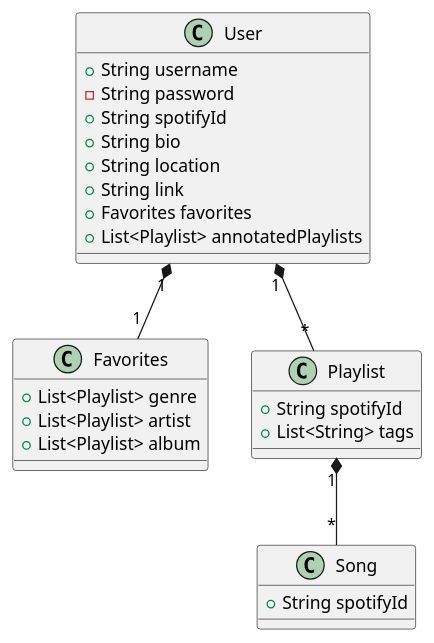
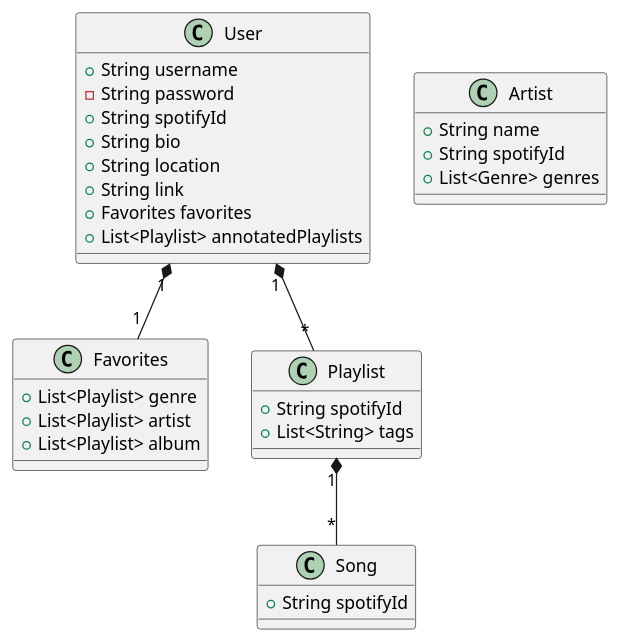
One commit to kadelk04/Spinterest changed the diagram in db_structure.puml. Above: the diagram before and after it, drawn with PlantUML. The commit also changed 7 other files, not shown here.

```diff
--- a/db_structure.puml
+++ b/db_structure.puml
@@ -2,37 +2,44 @@
 @startuml db_structure
 'Users structure'
 class User {
     +String username
     -String password
     +String spotifyId
     +String bio
     +String location
     +String link
     +Favorites favorites
     +List<Playlist> annotatedPlaylists
 }
 
 'Favorites structure'
 class Favorites {
     +List<Playlist> genre
     +List<Playlist> artist
     +List<Playlist> album
 }
 
 'Playlist structure'
 class Playlist {
     +String spotifyId
     +List<String> tags
 }
 
 'Song structure'
 class Song {
     +String spotifyId
 }
 
+'Artist structure'
+class Artist {
+    +String name
+    +String spotifyId
+    +List<Genre> genres
+}
+
 Playlist "1" *-- "*" Song
 
 User "1" *-- "*" Playlist
 
 User "1" *-- "1" Favorites
 @enduml
```
